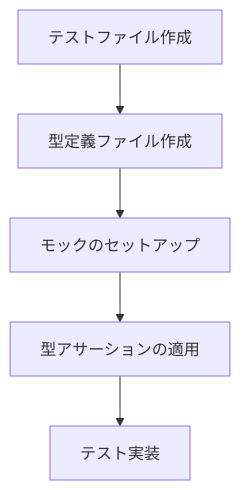
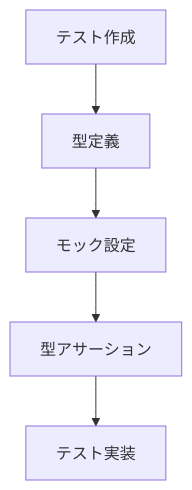
One commit to DevRyuki/todo-with-cline changed the fourth of 5 diagrams in memory-bank/systemPatterns.md. Above: the diagram before and after it, drawn with Mermaid. The commit also changed other lines of this file and 5 other files, not shown here.

````diff
--- a/memory-bank/systemPatterns.md
+++ b/memory-bank/systemPatterns.md
@@ -117,7 +65,7 @@
 ```mermaid
 flowchart TD
-    TestFile[テストファイル作成] --> TypeDef[型定義ファイル作成]
-    TypeDef --> MockSetup[モックのセットアップ]
-    MockSetup --> TypeAssertion[型アサーションの適用]
+    TestFile[テスト作成] --> TypeDef[型定義]
+    TypeDef --> MockSetup[モック設定]
+    MockSetup --> TypeAssertion[型アサーション]
     TypeAssertion --> TestImpl[テスト実装]
 ```
````
